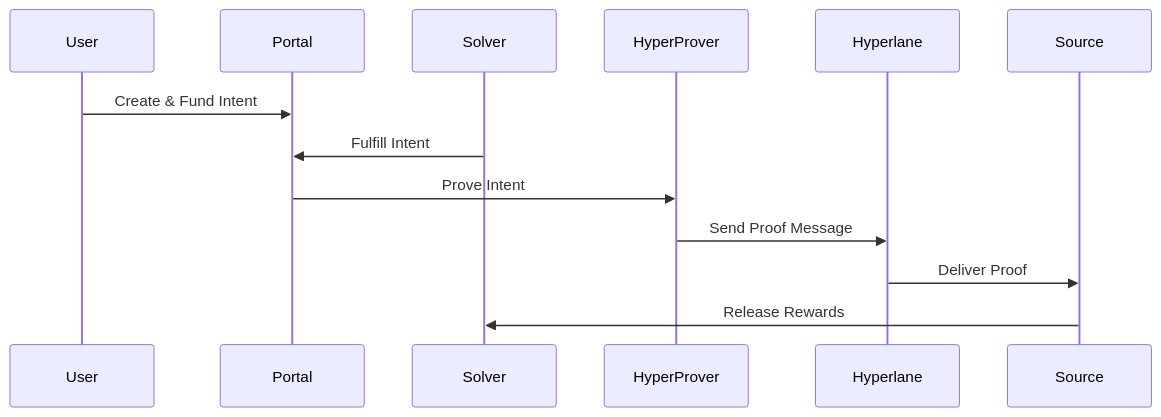
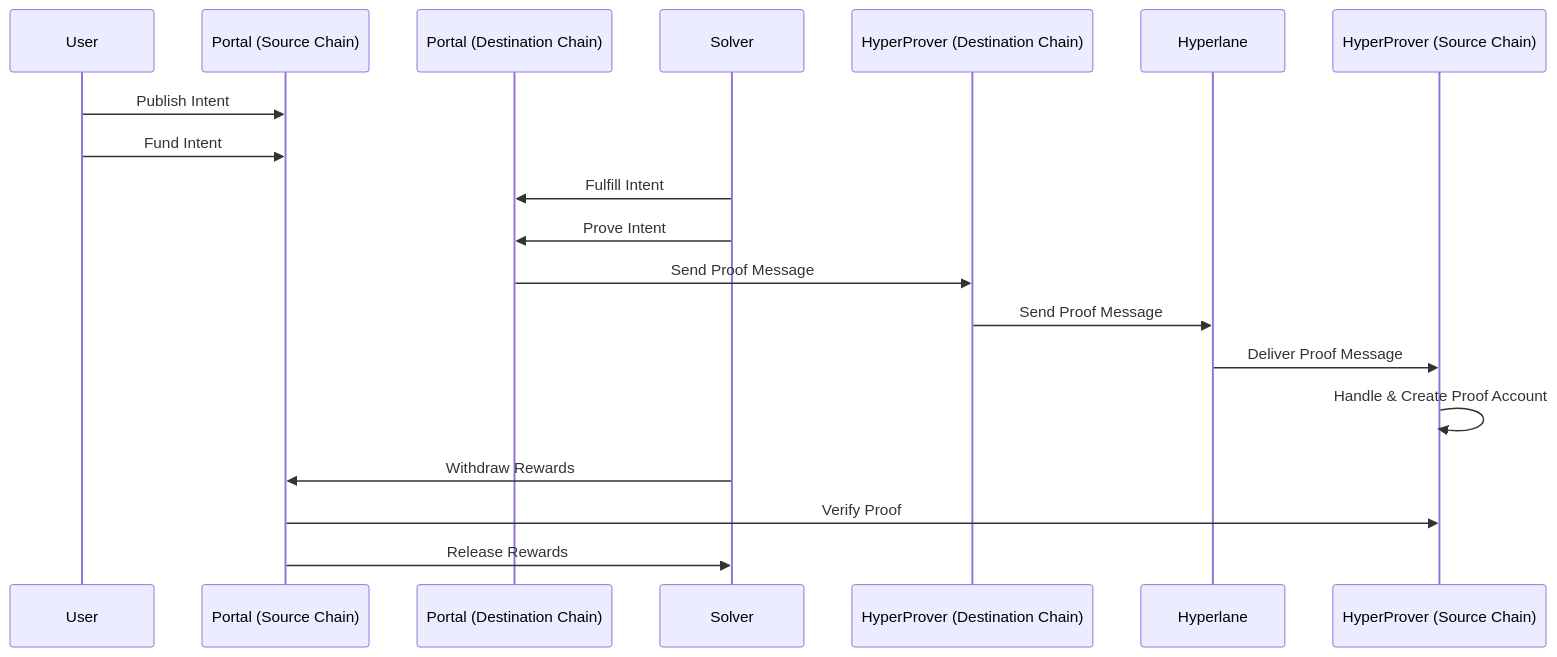
One commit to eco/eco-routes-svm changed the diagram in README.md. Above: the diagram before and after it, drawn with Mermaid. The commit also changed other lines of this file, not shown here.

````diff
--- a/README.md
+++ b/README.md
@@ -38,16 +37,22 @@
 ```mermaid
 sequenceDiagram
     participant User
-    participant Portal
+    participant SourcePortal as Portal (Source Chain)
+    participant DestPortal as Portal (Destination Chain)
     participant Solver
-    participant HyperProver
+    participant DestProver as HyperProver (Destination Chain)
     participant Hyperlane
-    participant Source
+    participant SourceProver as HyperProver (Source Chain)
 
-    User->>Portal: Create & Fund Intent
-    Solver->>Portal: Fulfill Intent
-    Portal->>HyperProver: Prove Intent
-    HyperProver->>Hyperlane: Send Proof Message
-    Hyperlane->>Source: Deliver Proof
-    Source->>Solver: Release Rewards
+    User->>SourcePortal: Publish Intent
+    User->>SourcePortal: Fund Intent
+    Solver->>DestPortal: Fulfill Intent
+    Solver->>DestPortal: Prove Intent
+    DestPortal->>DestProver: Send Proof Message
+    DestProver->>Hyperlane: Send Proof Message
+    Hyperlane->>SourceProver: Deliver Proof Message
+    SourceProver->>SourceProver: Handle & Create Proof Account
+    Solver->>SourcePortal: Withdraw Rewards
+    SourcePortal->>SourceProver: Verify Proof
+    SourcePortal->>Solver: Release Rewards
 ```
````
